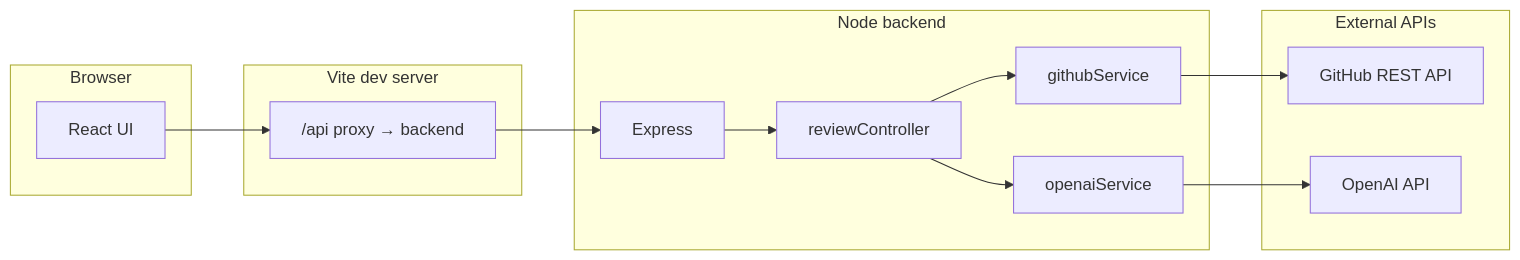
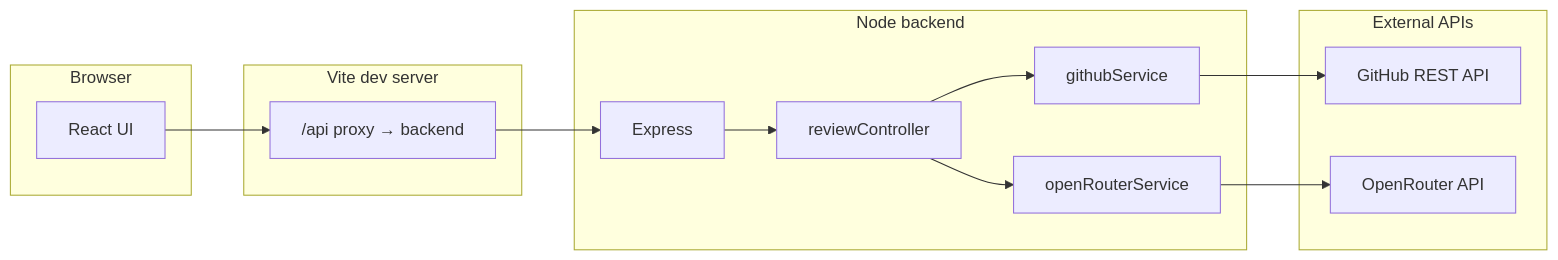
One commit to num-js/pr-reviewer-AI-agent changed the diagram in README.md. Above: the diagram before and after it, drawn with Mermaid. The commit also changed other lines of this file and 5 other files, not shown here.

Commit message:
Switch AI provider from OpenAI to OpenRouter

````diff
--- a/README.md
+++ b/README.md
@@ -55,26 +55,26 @@
 ```mermaid
 flowchart LR
   subgraph browser [Browser]
     UI[React UI]
   end
   subgraph vite [Vite dev server]
     Proxy["/api proxy → backend"]
   end
   subgraph backend [Node backend]
     API[Express]
     RC[reviewController]
     GH[githubService]
-    OAI[openaiService]
+    OR[openRouterService]
   end
   subgraph external [External APIs]
     GITHUB[GitHub REST API]
-    OPENAI[OpenAI API]
+    OPENROUTER[OpenRouter API]
   end
   UI --> Proxy
   Proxy --> API
   API --> RC
   RC --> GH
-  RC --> OAI
+  RC --> OR
   GH --> GITHUB
-  OAI --> OPENAI
+  OR --> OPENROUTER
 ```
````
